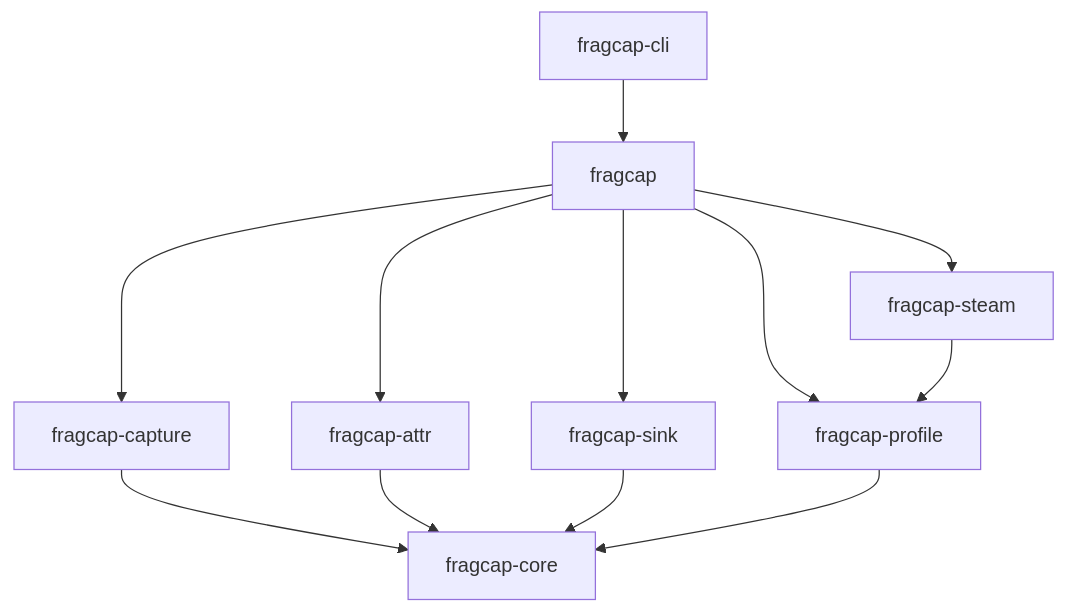
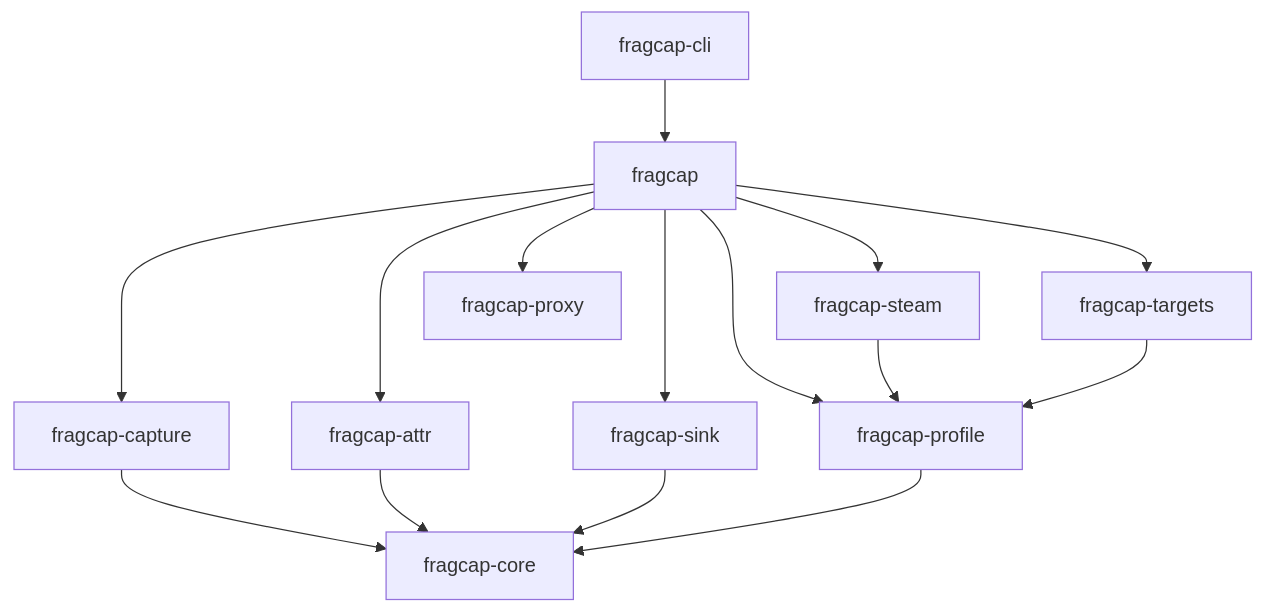
Before and after one commit to h8rt3rmin8r/fragcap: the first of 7 diagrams in docs/fragcap-specification.md, drawn with Mermaid. The commit also changed other lines of this file and 49 other files, not shown here.

````diff
--- a/docs/fragcap-specification.md
+++ b/docs/fragcap-specification.md
@@ -894,14 +905,17 @@
 ```mermaid
 graph TD
     CLI[fragcap-cli] --> FACADE[fragcap]
     FACADE --> CAPTURE[fragcap-capture]
     FACADE --> ATTR[fragcap-attr]
     FACADE --> SINK[fragcap-sink]
     FACADE --> STEAM[fragcap-steam]
+    FACADE --> TARGETS[fragcap-targets]
+    FACADE --> PROXY[fragcap-proxy]
     FACADE --> PROFILE[fragcap-profile]
     CAPTURE --> CORE[fragcap-core]
     ATTR --> CORE
     SINK --> CORE
     STEAM --> PROFILE
+    TARGETS --> PROFILE
     PROFILE --> CORE
 ```
````
